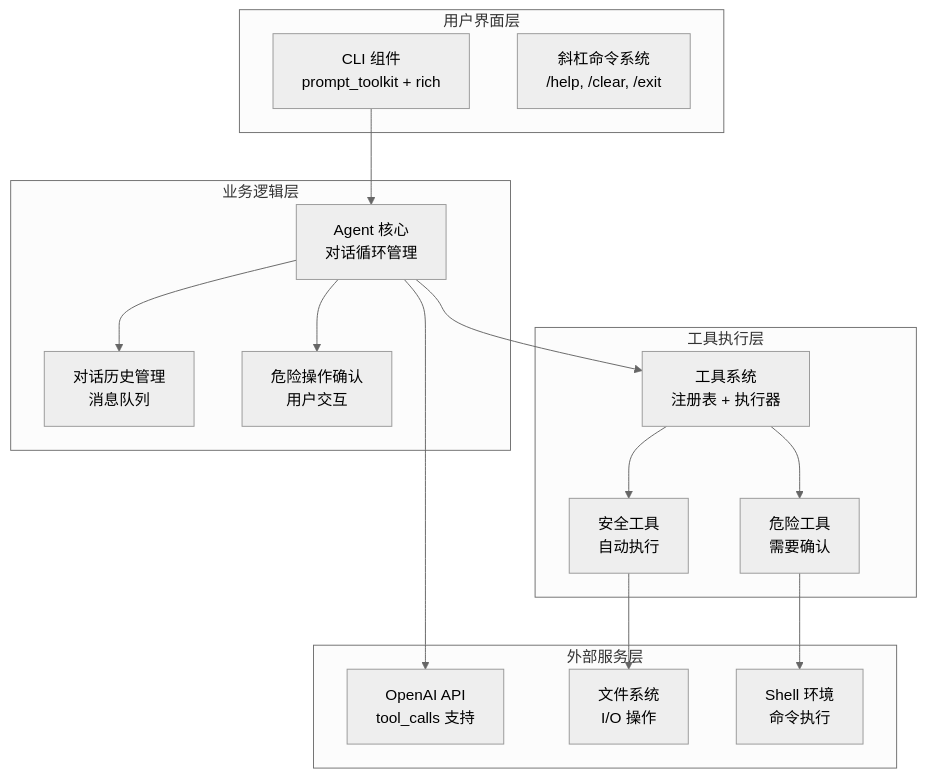
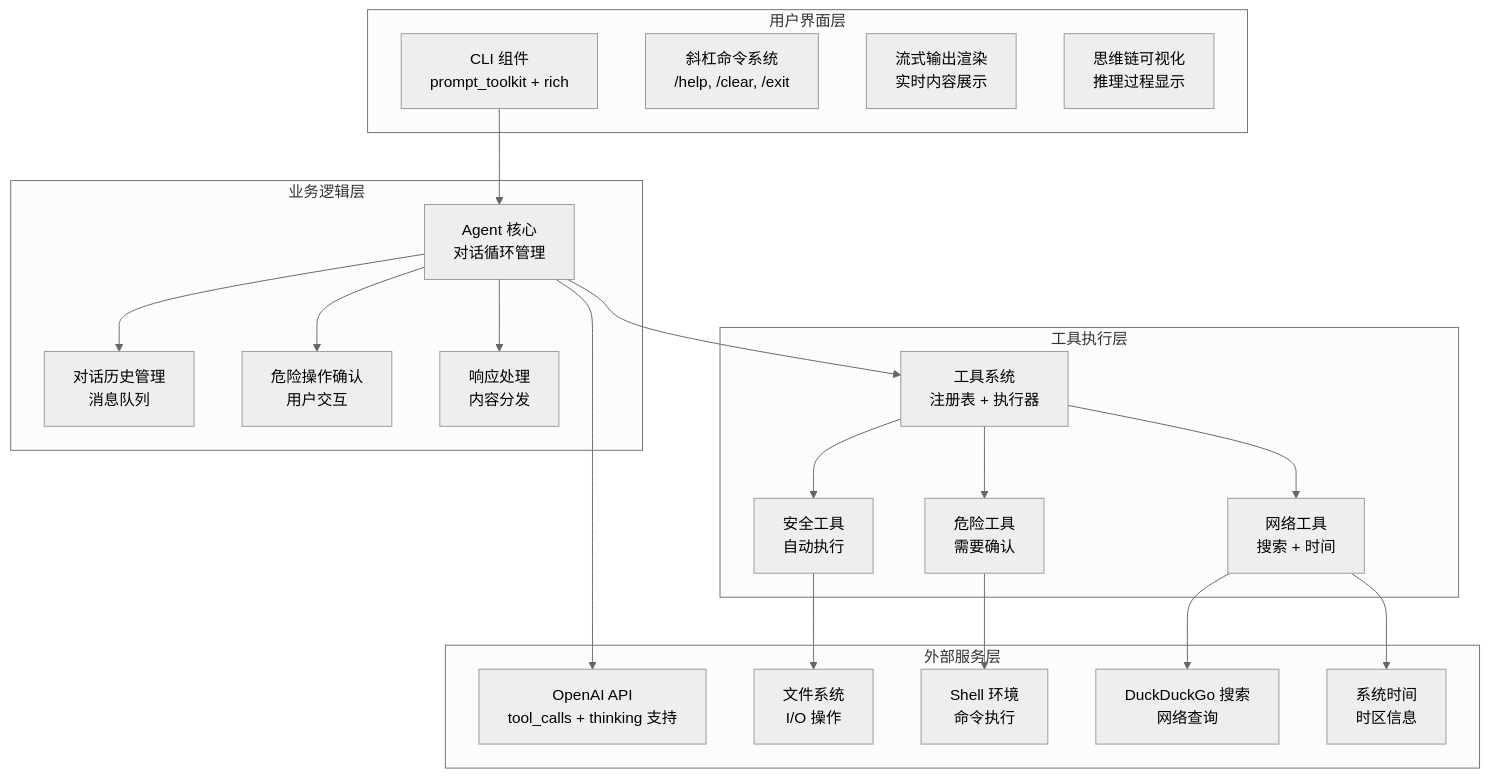
The fourth of 9 diagrams in .qoder/repowiki/zh/content/扩展开发/扩展开发.md (250shiwo/MySmallAgent), drawn with Mermaid (neutral theme) before and after one commit. The commit also changed other lines of this file and 34 other files, not shown here.

````diff
--- a/.qoder/repowiki/zh/content/扩展开发/扩展开发.md
+++ b/.qoder/repowiki/zh/content/扩展开发/扩展开发.md
@@ -155,31 +213,41 @@
 ```mermaid
 graph TB
 subgraph "用户界面层"
 CLI[CLI 组件<br/>prompt_toolkit + rich]
 Commands[斜杠命令系统<br/>/help, /clear, /exit]
+Streaming[流式输出渲染<br/>实时内容展示]
+Thinking[思维链可视化<br/>推理过程显示]
 end
 subgraph "业务逻辑层"
 Agent[Agent 核心<br/>对话循环管理]
 Conversation[对话历史管理<br/>消息队列]
 Confirmation[危险操作确认<br/>用户交互]
+Response[响应处理<br/>内容分发]
 end
 subgraph "工具执行层"
 ToolSystem[工具系统<br/>注册表 + 执行器]
 SafeTools[安全工具<br/>自动执行]
 DangerousTools[危险工具<br/>需要确认]
+NetworkTools[网络工具<br/>搜索 + 时间]
 end
 subgraph "外部服务层"
-OpenAI[OpenAI API<br/>tool_calls 支持]
+OpenAI[OpenAI API<br/>tool_calls + thinking 支持]
 FileSystem[文件系统<br/>I/O 操作]
 Shell[Shell 环境<br/>命令执行]
+WebSearch[DuckDuckGo 搜索<br/>网络查询]
+CurrentTime[系统时间<br/>时区信息]
 end
 CLI --> Agent
 Agent --> Conversation
 Agent --> ToolSystem
 Agent --> Confirmation
+Agent --> Response
 ToolSystem --> SafeTools
 ToolSystem --> DangerousTools
+ToolSystem --> NetworkTools
 SafeTools --> FileSystem
 DangerousTools --> Shell
+NetworkTools --> WebSearch
+NetworkTools --> CurrentTime
 Agent --> OpenAI
 ```
````
